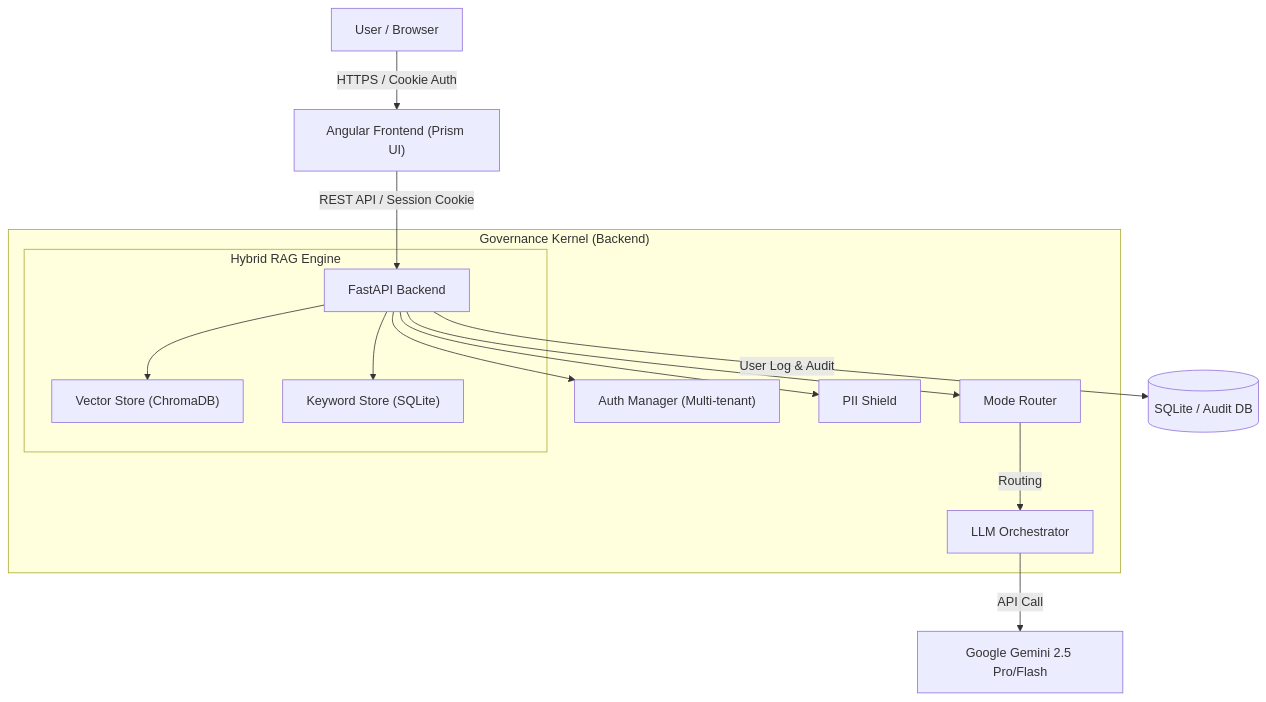
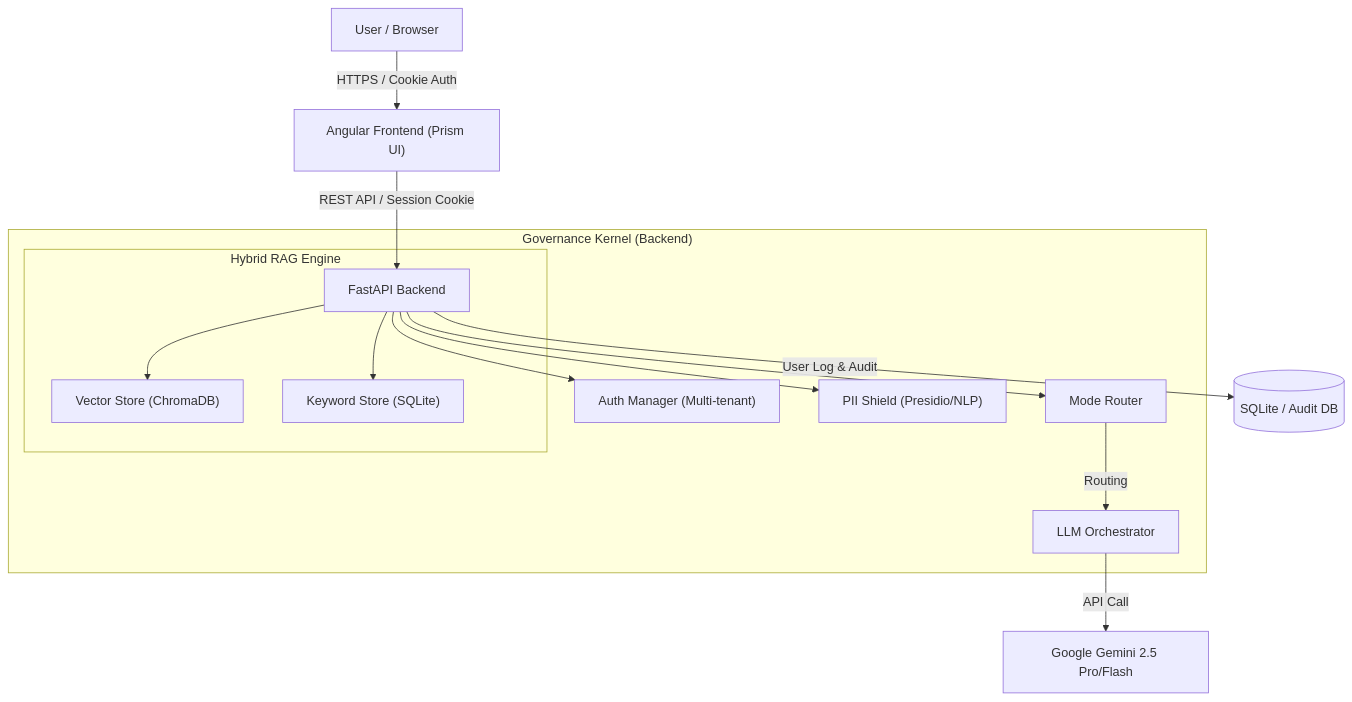
One commit to KanadeYumesaki/prism-enterprise-ai changed the diagram in README.md. Above: the diagram before and after it, drawn with Mermaid. The commit also changed other lines of this file, not shown here.

`````diff
--- a/README.md
+++ b/README.md
@@ -49,20 +50,20 @@
 ```mermaid
 graph TD
     User["User / Browser"] -->|"HTTPS / Cookie Auth"| FE["Angular Frontend (Prism UI)"]
     FE -->|"REST API / Session Cookie"| BE["FastAPI Backend"]
     
     subgraph "Governance Kernel (Backend)"
         BE --> Auth["Auth Manager (Multi-tenant)"]
         BE --> Router["Mode Router"]
-        BE --> PII["PII Shield"]
+        BE --> PII["PII Shield (Presidio/NLP)"]
         Router -->|"Routing"| Model["LLM Orchestrator"]
         
         subgraph "Hybrid RAG Engine"
             BE --> Vector["Vector Store (ChromaDB)"]
             BE --> Keyword["Keyword Store (SQLite)"]
         end
     end
     
     Model -->|"API Call"| Google["Google Gemini 2.5 Pro/Flash"]
     BE -->|"User Log & Audit"| DB[("SQLite / Audit DB")]
 ````
`````
